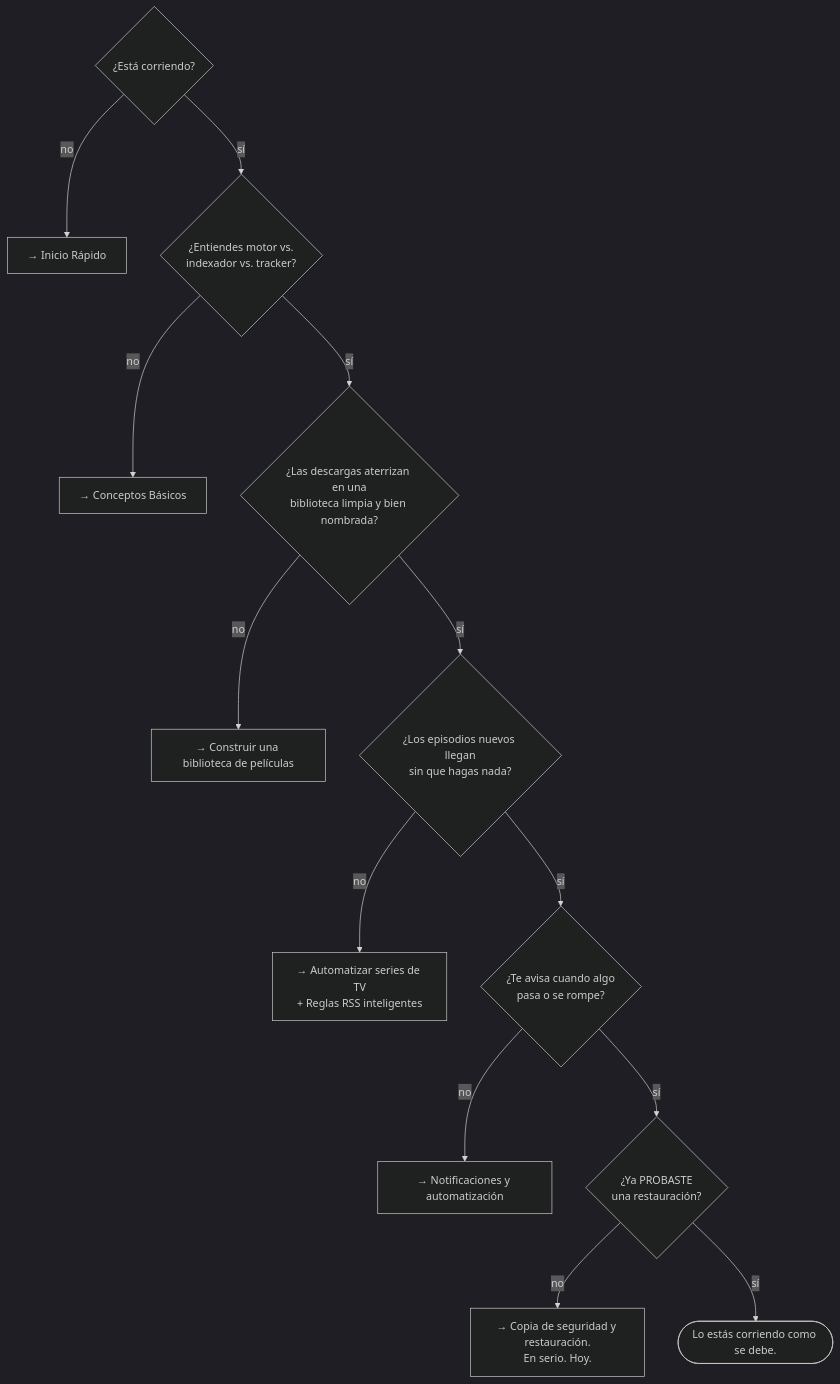
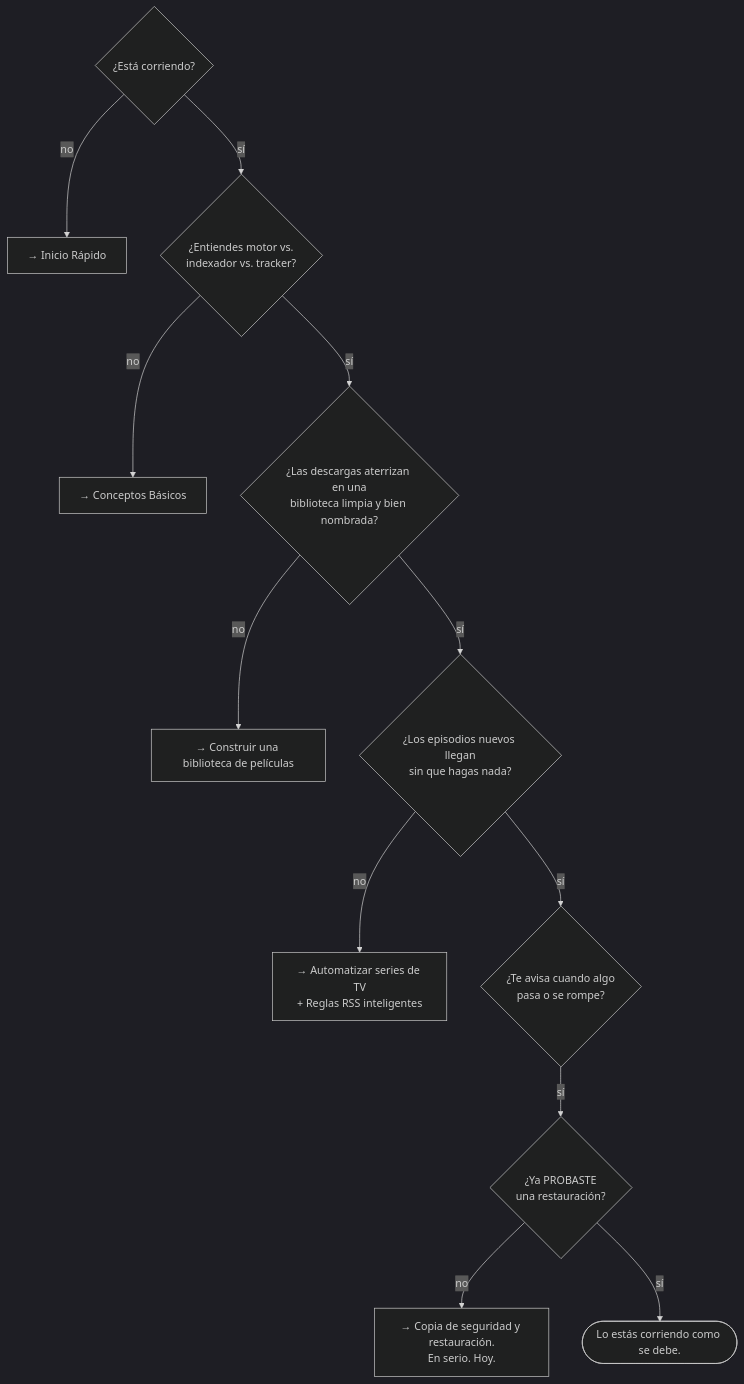
One commit to damirabal/ultratorrent-core changed the second of 2 diagrams in website/i18n/es-PR/docusaurus-plugin-content-docs/current/learn/tutorials/index.md. Above: the diagram before and after it, drawn with Mermaid (dark theme). The commit also changed other lines of this file and 55 other files, not shown here.

````diff
--- a/website/i18n/es-PR/docusaurus-plugin-content-docs/current/learn/tutorials/index.md
+++ b/website/i18n/es-PR/docusaurus-plugin-content-docs/current/learn/tutorials/index.md
@@ -155,16 +153,15 @@
 ```mermaid
 flowchart TB
   Q1{"¿Está corriendo?"}
   Q1 -->|"no"| P1["→ Inicio Rápido"]
   Q1 -->|"sí"| Q2{"¿Entiendes motor vs.<br/>indexador vs. tracker?"}
   Q2 -->|"no"| P2["→ Conceptos Básicos"]
   Q2 -->|"sí"| Q3{"¿Las descargas aterrizan en una<br/>biblioteca limpia y bien nombrada?"}
   Q3 -->|"no"| P3["→ Construir una biblioteca de películas"]
   Q3 -->|"sí"| Q4{"¿Los episodios nuevos llegan<br/>sin que hagas nada?"}
   Q4 -->|"no"| P4["→ Automatizar series de TV<br/>+ Reglas RSS inteligentes"]
   Q4 -->|"sí"| Q5{"¿Te avisa cuando algo<br/>pasa o se rompe?"}
-  Q5 -->|"no"| P5["→ Notificaciones y automatización"]
   Q5 -->|"sí"| Q6{"¿Ya PROBASTE<br/>una restauración?"}
   Q6 -->|"no"| P6["→ Copia de seguridad y restauración.<br/>En serio. Hoy."]
   Q6 -->|"sí"| DONE(["Lo estás corriendo como se debe."])
 ```
````
